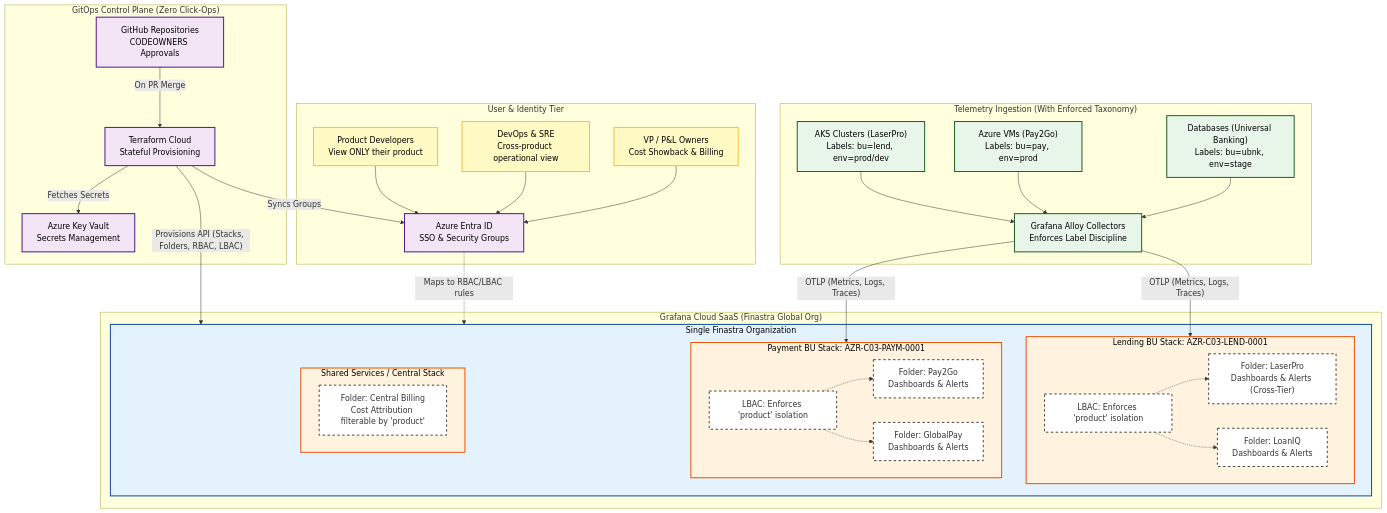
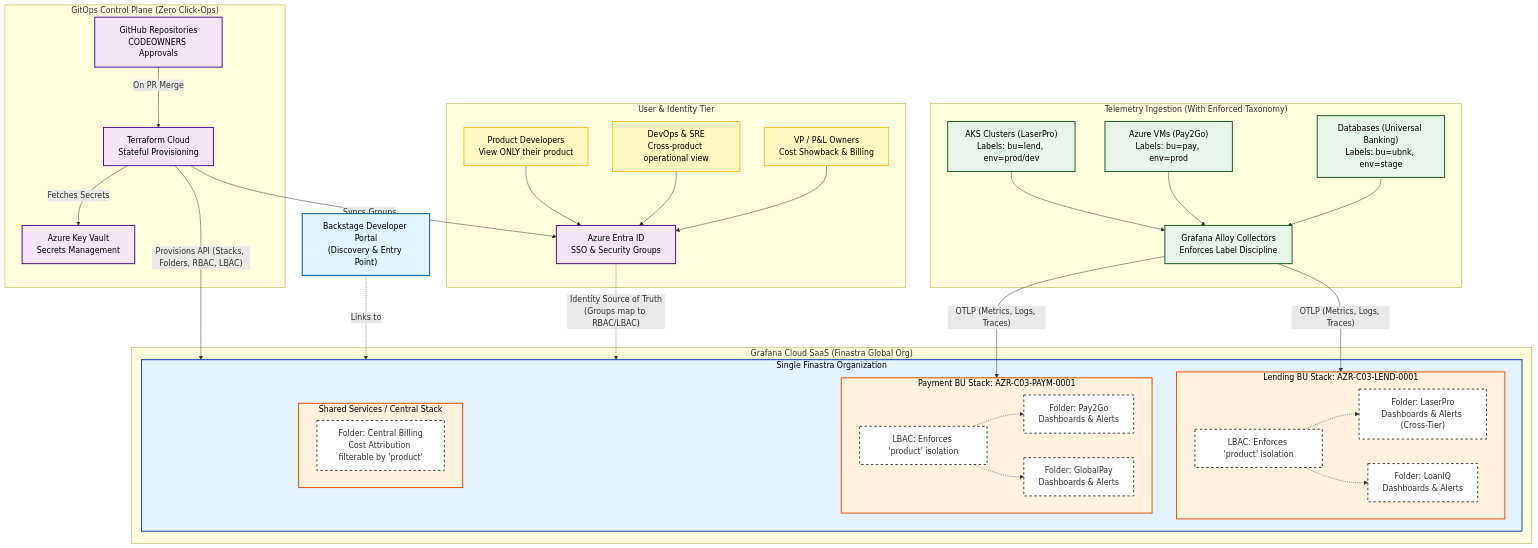
Before and after one commit to paragvyas65/us-test: the first of 7 diagrams in patterns/006-grafana-cloud-bu-aligned-org-structure.md, drawn with Mermaid. The commit also changed other lines of this file and 30 other files, not shown here.

````diff
--- a/patterns/006-grafana-cloud-bu-aligned-org-structure.md
+++ b/patterns/006-grafana-cloud-bu-aligned-org-structure.md
@@ -124,12 +138,16 @@
         end
     end
 
+    %% Portal Integration
+    Portal["Backstage Developer Portal<br/>(Discovery & Entry Point)"]
+    Portal -. "Links to" .-> Org
+
     %% Data flow
     Alloy -- "OTLP (Metrics, Logs, Traces)" --> StackL
     Alloy -- "OTLP (Metrics, Logs, Traces)" --> StackP
     
     %% Access Flow
-    Entra -. "Maps to RBAC/LBAC rules" .-> Org
+    Entra -. "Identity Source of Truth<br/>(Groups map to RBAC/LBAC)" .-> Org
 
     %% Styling
     classDef users fill:#fff9c4,stroke:#fbc02d,stroke-width:2px,color:#000;
@@ -138,6 +156,7 @@
     classDef cloud fill:#e3f2fd,stroke:#0d47a1,stroke-width:2px,color:#000;
     classDef stack fill:#fff3e0,stroke:#e65100,stroke-width:2px,color:#000;
     classDef folder fill:#ffffff,stroke:#424242,stroke-width:2px,stroke-dasharray: 5 5;
+    classDef portal fill:#e1f5fe,stroke:#01579b,stroke-width:2px,color:#000;
 
     class Dev,SRE,VP users;
     class Entra,GH,TFC,AKV control;
@@ -145,4 +164,5 @@
     class Org cloud;
     class StackL,StackP,StackS stack;
     class F_Laser,F_Loan,F_Pay,F_Global,F_Billing,LBAC_L,LBAC_P folder;
+    class Portal portal;
 ```
````
